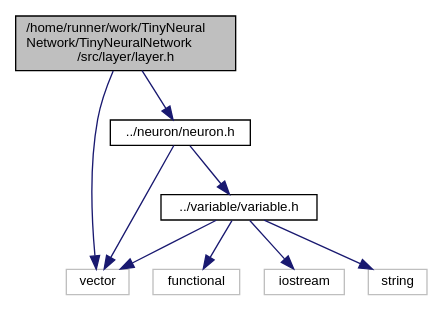
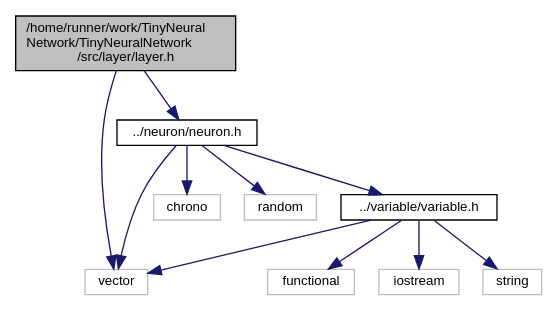
The diagram in layer_8h__incl.dot (MaoSong2022/TinyNeuralNetwork), drawn with Graphviz before and after one commit. The commit also changed 93 other files, not shown here.

```diff
--- a/layer_8h__incl.dot
+++ b/layer_8h__incl.dot
@@ -1,21 +1,25 @@
 digraph "/home/runner/work/TinyNeuralNetwork/TinyNeuralNetwork/src/layer/layer.h"
 {
  // LATEX_PDF_SIZE
   edge [fontname="Helvetica",fontsize="10",labelfontname="Helvetica",labelfontsize="10"];
   node [fontname="Helvetica",fontsize="10",shape=record];
   Node1 [label="/home/runner/work/TinyNeural\lNetwork/TinyNeuralNetwork\l/src/layer/layer.h",height=0.2,width=0.4,color="black", fillcolor="grey75", style="filled", fontcolor="black",tooltip=" "];
   Node1 -> Node2 [color="midnightblue",fontsize="10",style="solid",fontname="Helvetica"];
   Node2 [label="vector",height=0.2,width=0.4,color="grey75", fillcolor="white", style="filled",tooltip=" "];
   Node1 -> Node3 [color="midnightblue",fontsize="10",style="solid",fontname="Helvetica"];
   Node3 [label="../neuron/neuron.h",height=0.2,width=0.4,color="black", fillcolor="white", style="filled",URL="$neuron_8h.html",tooltip=" "];
+  Node3 -> Node4 [color="midnightblue",fontsize="10",style="solid",fontname="Helvetica"];
+  Node4 [label="chrono",height=0.2,width=0.4,color="grey75", fillcolor="white", style="filled",tooltip=" "];
+  Node3 -> Node5 [color="midnightblue",fontsize="10",style="solid",fontname="Helvetica"];
+  Node5 [label="random",height=0.2,width=0.4,color="grey75", fillcolor="white", style="filled",tooltip=" "];
   Node3 -> Node2 [color="midnightblue",fontsize="10",style="solid",fontname="Helvetica"];
-  Node3 -> Node4 [color="midnightblue",fontsize="10",style="solid",fontname="Helvetica"];
-  Node4 [label="../variable/variable.h",height=0.2,width=0.4,color="black", fillcolor="white", style="filled",URL="$variable_8h.html",tooltip=" "];
-  Node4 -> Node5 [color="midnightblue",fontsize="10",style="solid",fontname="Helvetica"];
-  Node5 [label="functional",height=0.2,width=0.4,color="grey75", fillcolor="white", style="filled",tooltip=" "];
-  Node4 -> Node6 [color="midnightblue",fontsize="10",style="solid",fontname="Helvetica"];
-  Node6 [label="iostream",height=0.2,width=0.4,color="grey75", fillcolor="white", style="filled",tooltip=" "];
-  Node4 -> Node7 [color="midnightblue",fontsize="10",style="solid",fontname="Helvetica"];
-  Node7 [label="string",height=0.2,width=0.4,color="grey75", fillcolor="white", style="filled",tooltip=" "];
-  Node4 -> Node2 [color="midnightblue",fontsize="10",style="solid",fontname="Helvetica"];
+  Node3 -> Node6 [color="midnightblue",fontsize="10",style="solid",fontname="Helvetica"];
+  Node6 [label="../variable/variable.h",height=0.2,width=0.4,color="black", fillcolor="white", style="filled",URL="$variable_8h.html",tooltip=" "];
+  Node6 -> Node7 [color="midnightblue",fontsize="10",style="solid",fontname="Helvetica"];
+  Node7 [label="functional",height=0.2,width=0.4,color="grey75", fillcolor="white", style="filled",tooltip=" "];
+  Node6 -> Node8 [color="midnightblue",fontsize="10",style="solid",fontname="Helvetica"];
+  Node8 [label="iostream",height=0.2,width=0.4,color="grey75", fillcolor="white", style="filled",tooltip=" "];
+  Node6 -> Node9 [color="midnightblue",fontsize="10",style="solid",fontname="Helvetica"];
+  Node9 [label="string",height=0.2,width=0.4,color="grey75", fillcolor="white", style="filled",tooltip=" "];
+  Node6 -> Node2 [color="midnightblue",fontsize="10",style="solid",fontname="Helvetica"];
 }
```
